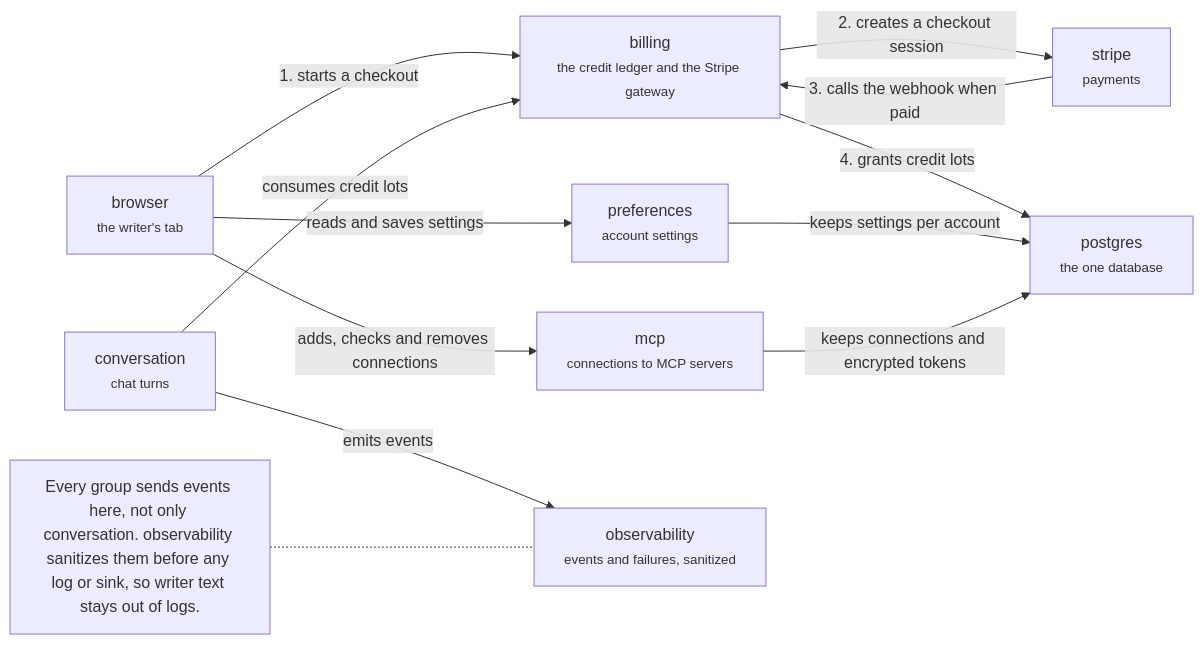
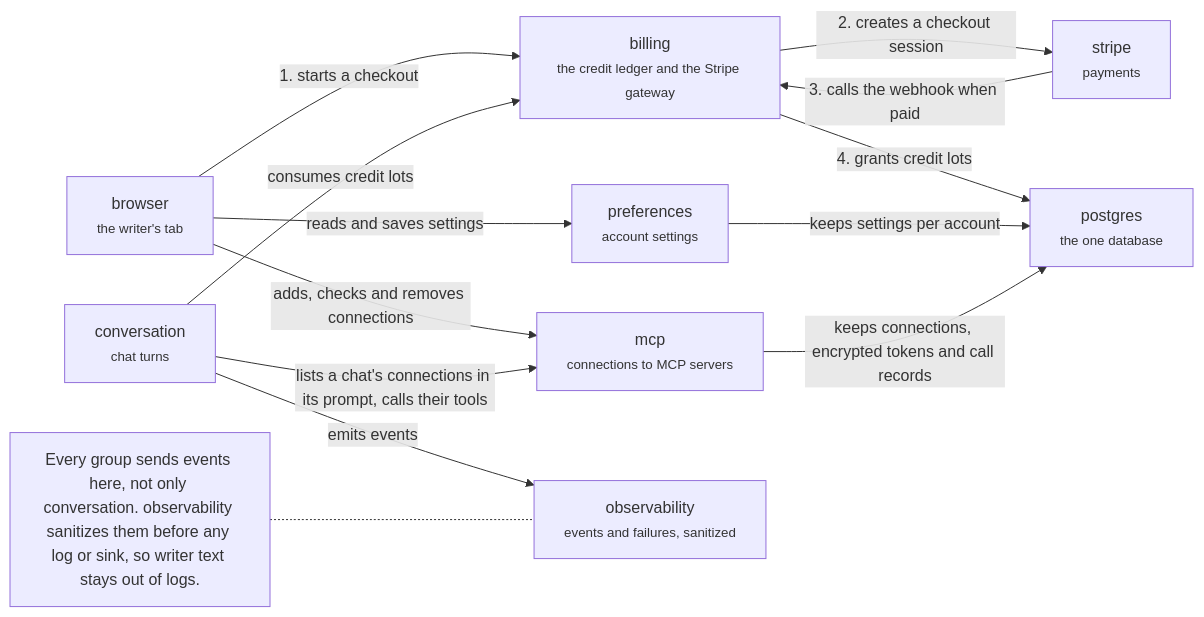
Before and after one commit to haowjy/meridian-flow: the diagram in .context/system-architecture/server-account.md, drawn with Mermaid. The commit also changed other lines of this file and 9 other files, not shown here.

Commit message:
MCP F2: docs, call-order and bake-hash guards, tidy

````diff
--- a/.context/system-architecture/server-account.md
+++ b/.context/system-architecture/server-account.md
@@ -5,23 +5,24 @@
 ```mermaid
 flowchart LR
   billing["billing<br/><small>the credit ledger and the Stripe gateway</small>"]:::domain
   preferences["preferences<br/><small>account settings</small>"]:::domain
   mcp["mcp<br/><small>connections to MCP servers</small>"]:::domain
   observability["observability<br/><small>events and failures, sanitized</small>"]:::domain
   browser["browser<br/><small>the writer's tab</small>"]:::context
   stripe["stripe<br/><small>payments</small>"]:::context
   postgres["postgres<br/><small>the one database</small>"]:::context
   conversation["conversation<br/><small>chat turns</small>"]:::context
   browser -->|"1. starts a checkout"| billing
   billing -->|"2. creates a checkout session"| stripe
   stripe -->|"3. calls the webhook when paid"| billing
   billing -->|"4. grants credit lots"| postgres
   conversation -->|"consumes credit lots"| billing
   browser -->|"reads and saves settings"| preferences
   preferences -->|"keeps settings per account"| postgres
   browser -->|"adds, checks and removes connections"| mcp
-  mcp -->|"keeps connections and encrypted tokens"| postgres
+  mcp -->|"keeps connections, encrypted tokens and call records"| postgres
+  conversation -->|"lists a chat's connections in its prompt, calls their tools"| mcp
   conversation -->|"emits events"| observability
   note1["Every group sends events here, not only conversation. observability sanitizes them before any log or sink, so writer text stays out of logs."]:::note
   note1 -.- observability
 ```
````
